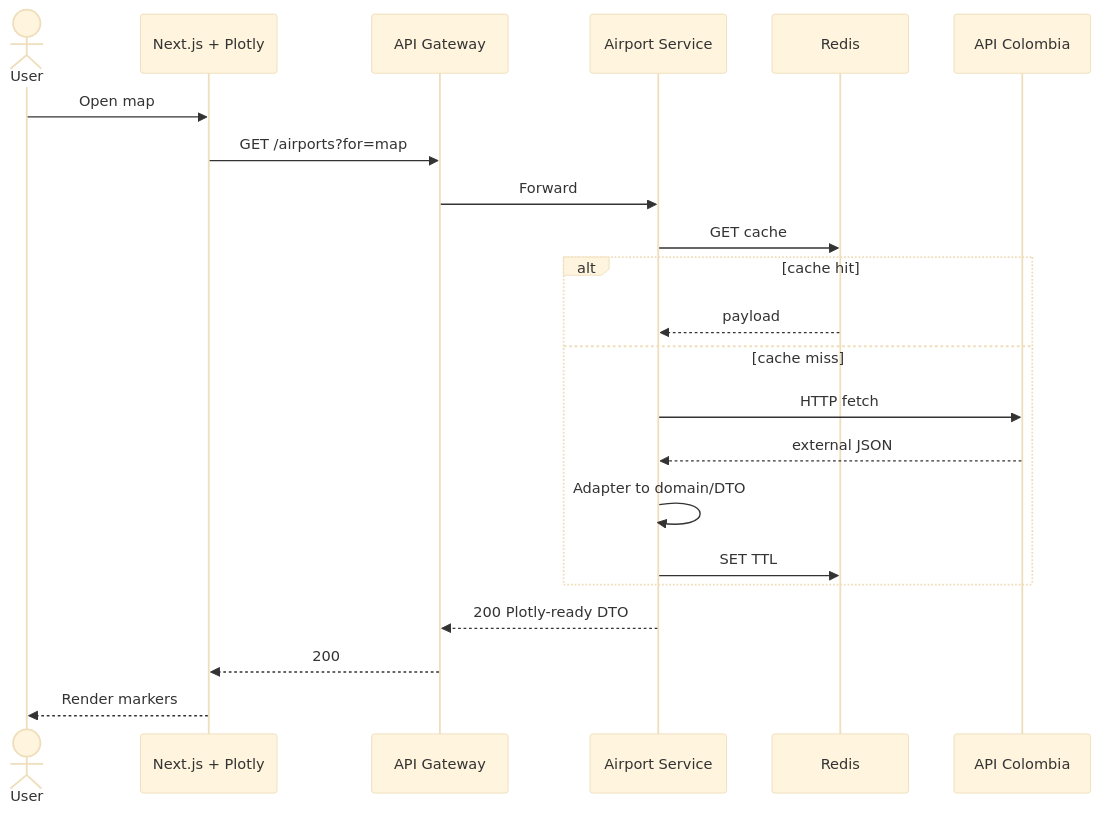
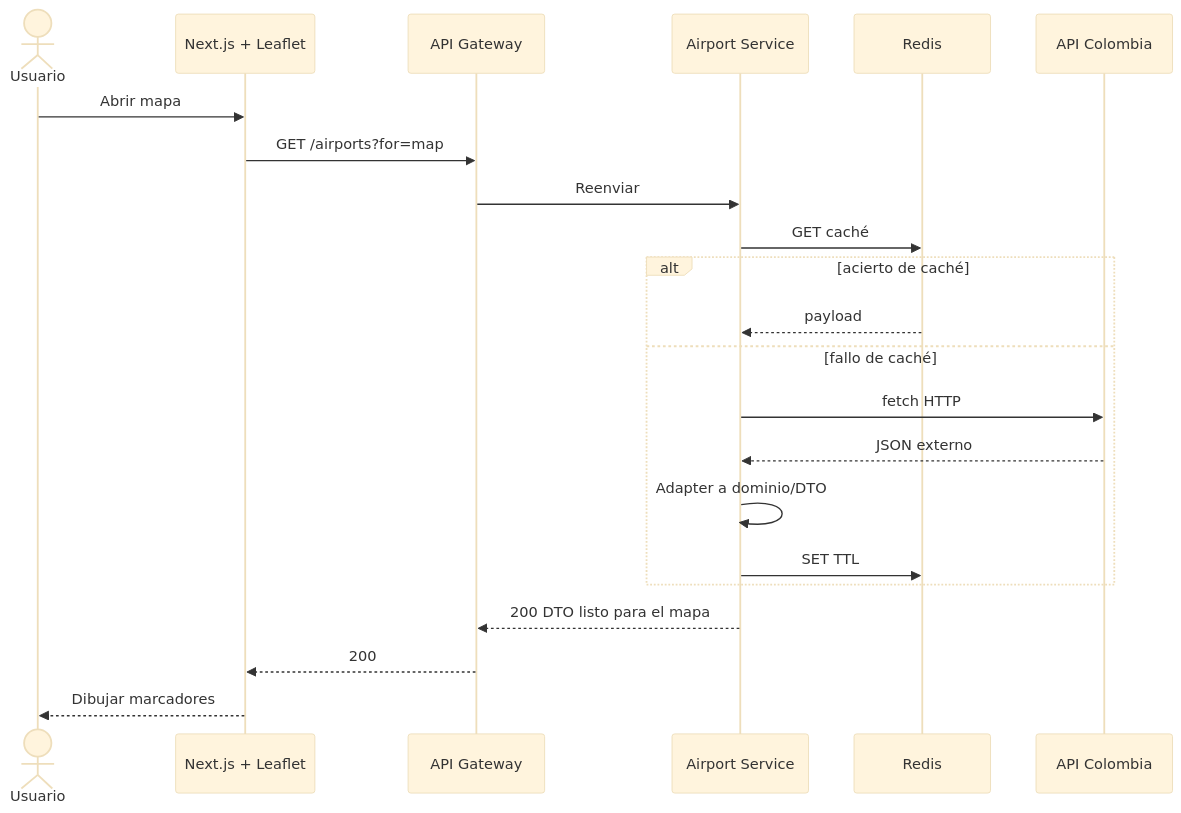
Before and after one commit to bue221/proyecto-arquitectura-software-emergente: the second of 3 diagrams in wiki/Diagrams-sequences.md, drawn with Mermaid (base theme). The commit also changed other lines of this file and 38 other files, not shown here.

````diff
--- a/wiki/Diagrams-sequences.md
+++ b/wiki/Diagrams-sequences.md
@@ -41,25 +41,25 @@
 ```mermaid
 sequenceDiagram
-  actor U as User
-  participant W as Next.js + Plotly
+  actor U as Usuario
+  participant W as Next.js + Leaflet
   participant G as API Gateway
   participant A as Airport Service
   participant C as Redis
   participant X as API Colombia
 
-  U->>W: Open map
+  U->>W: Abrir mapa
   W->>G: GET /airports?for=map
-  G->>A: Forward
-  A->>C: GET cache
-  alt cache hit
+  G->>A: Reenviar
+  A->>C: GET caché
+  alt acierto de caché
     C-->>A: payload
-  else cache miss
-    A->>X: HTTP fetch
-    X-->>A: external JSON
-    A->>A: Adapter to domain/DTO
+  else fallo de caché
+    A->>X: fetch HTTP
+    X-->>A: JSON externo
+    A->>A: Adapter a dominio/DTO
     A->>C: SET TTL
   end
-  A-->>G: 200 Plotly-ready DTO
+  A-->>G: 200 DTO listo para el mapa
   G-->>W: 200
-  W-->>U: Render markers
+  W-->>U: Dibujar marcadores
 ```
````
